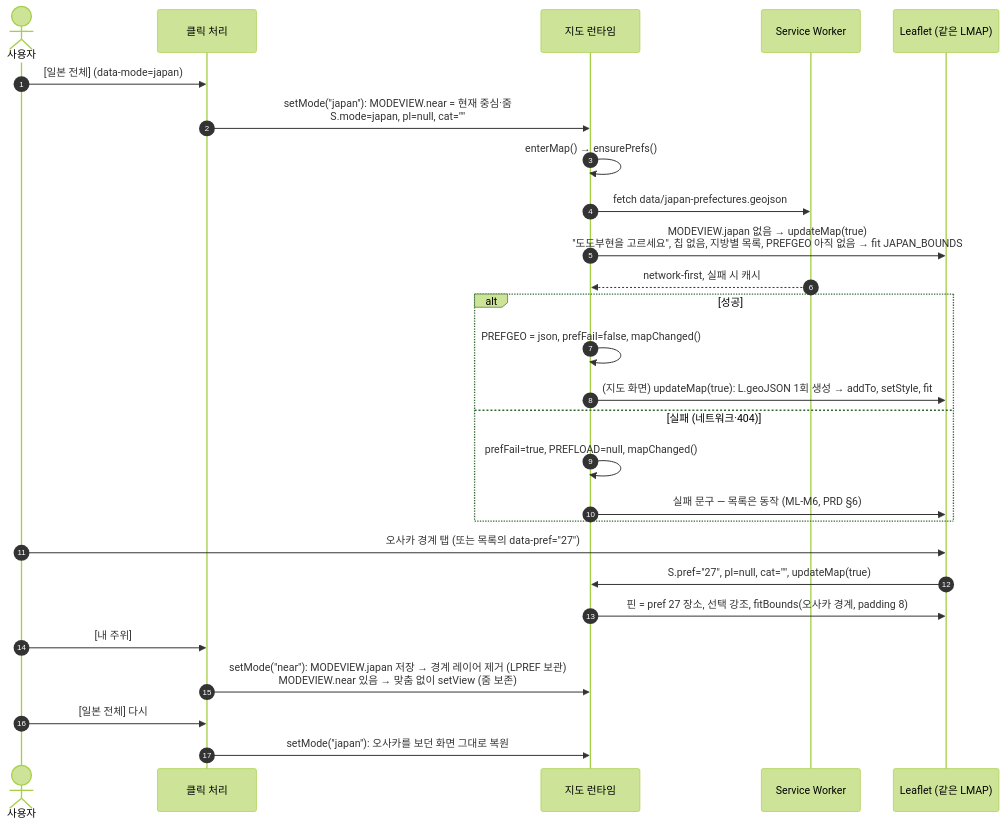
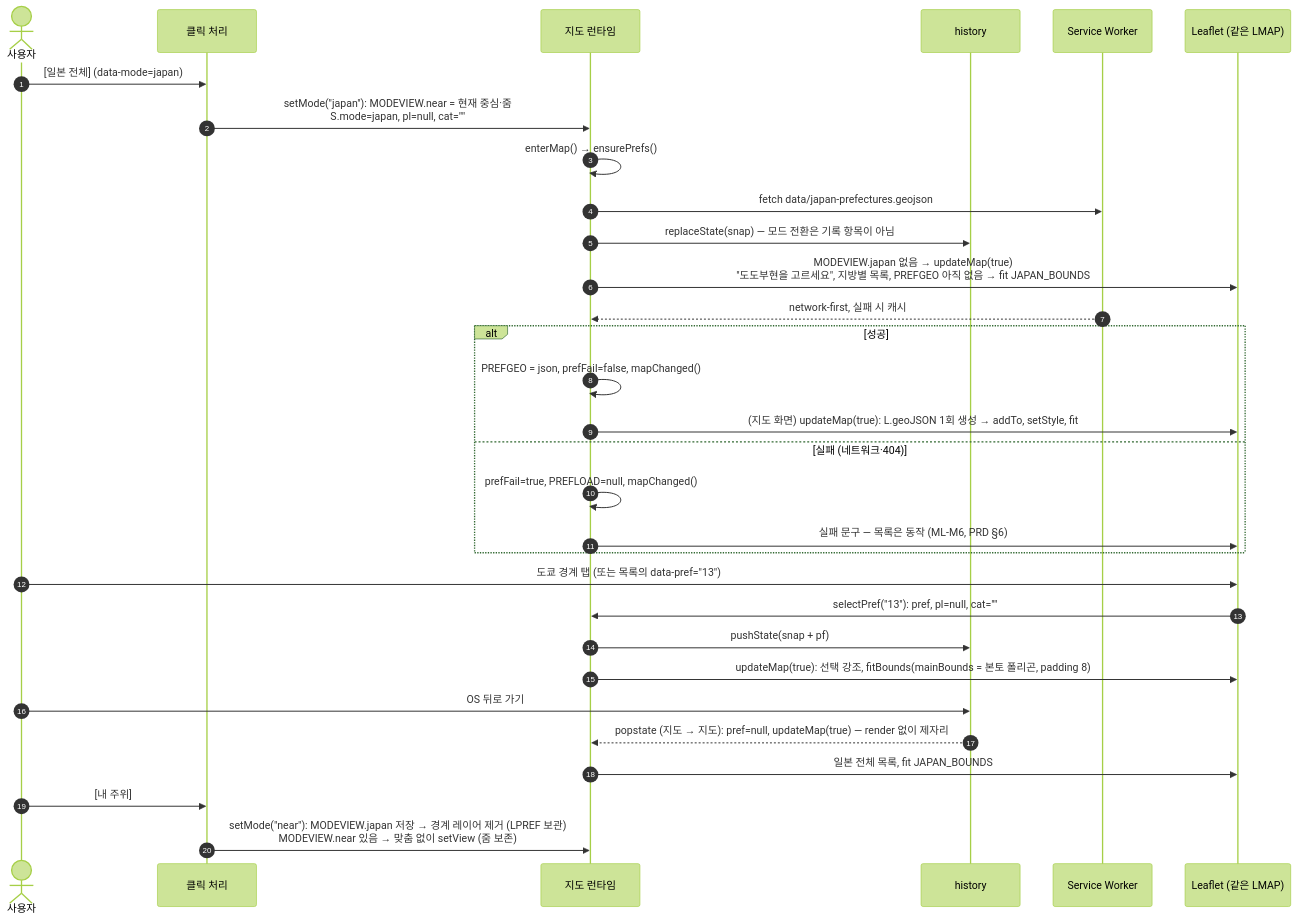
One commit to underthesun7213/yui-board changed the eighth of 8 diagrams in docs/architecture/rfc/0002-mlp-client-only.md. Above: the diagram before and after it, drawn with Mermaid (forest theme). The commit also changed other lines of this file and 7 other files, not shown here.

First line of the commit message:
Finish MLP architecture docs; tighten checks

````diff
--- a/docs/architecture/rfc/0002-mlp-client-only.md
+++ b/docs/architecture/rfc/0002-mlp-client-only.md
@@ -395,30 +403,34 @@
 ```mermaid
 sequenceDiagram
   autonumber
   actor U as 사용자
   participant C as 클릭 처리
   participant M as 지도 런타임
+  participant H as history
   participant SW as Service Worker
   participant L as Leaflet (같은 LMAP)
 
   U->>C: [일본 전체] (data-mode=japan)
   C->>M: setMode("japan"): MODEVIEW.near = 현재 중심·줌<br/>S.mode=japan, pl=null, cat=""
   M->>M: enterMap() → ensurePrefs()
   M->>SW: fetch data/japan-prefectures.geojson
-  M->>L: MODEVIEW.japan 없음 → updateMap(true)<br/>"도도부현을 고르세요", 칩 없음, 지방별 목록, PREFGEO 아직 없음 → fit JAPAN_BOUNDS
+  M->>H: replaceState(snap) — 모드 전환은 기록 항목이 아님
+  M->>L: MODEVIEW.japan 없음 → updateMap(true)<br/>"도도부현을 고르세요", 지방별 목록, PREFGEO 아직 없음 → fit JAPAN_BOUNDS
   SW-->>M: network-first, 실패 시 캐시
   alt 성공
     M->>M: PREFGEO = json, prefFail=false, mapChanged()
     M->>L: (지도 화면) updateMap(true): L.geoJSON 1회 생성 → addTo, setStyle, fit
   else 실패 (네트워크·404)
     M->>M: prefFail=true, PREFLOAD=null, mapChanged()
     M->>L: 실패 문구 — 목록은 동작 (ML-M6, PRD §6)
   end
-  U->>L: 오사카 경계 탭 (또는 목록의 data-pref="27")
-  L->>M: S.pref="27", pl=null, cat="", updateMap(true)
-  M->>L: 핀 = pref 27 장소, 선택 강조, fitBounds(오사카 경계, padding 8)
+  U->>L: 도쿄 경계 탭 (또는 목록의 data-pref="13")
+  L->>M: selectPref("13"): pref, pl=null, cat=""
+  M->>H: pushState(snap + pf)
+  M->>L: updateMap(true): 선택 강조, fitBounds(mainBounds = 본토 폴리곤, padding 8)
+  U->>H: OS 뒤로 가기
+  H-->>M: popstate (지도 → 지도): pref=null, updateMap(true) — render 없이 제자리
+  M->>L: 일본 전체 목록, fit JAPAN_BOUNDS
   U->>C: [내 주위]
   C->>M: setMode("near"): MODEVIEW.japan 저장 → 경계 레이어 제거 (LPREF 보관)<br/>MODEVIEW.near 있음 → 맞춤 없이 setView (줌 보존)
-  U->>C: [일본 전체] 다시
-  C->>M: setMode("japan"): 오사카를 보던 화면 그대로 복원
 ```
````
